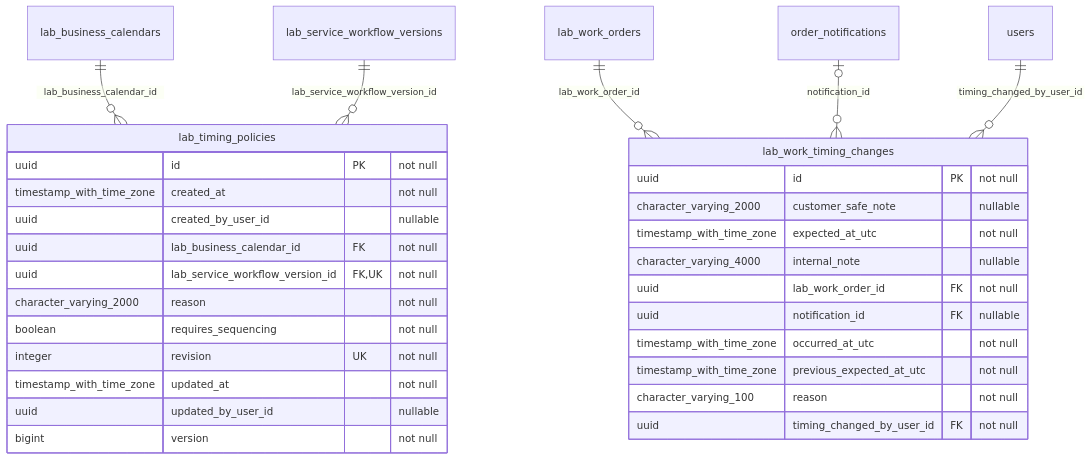
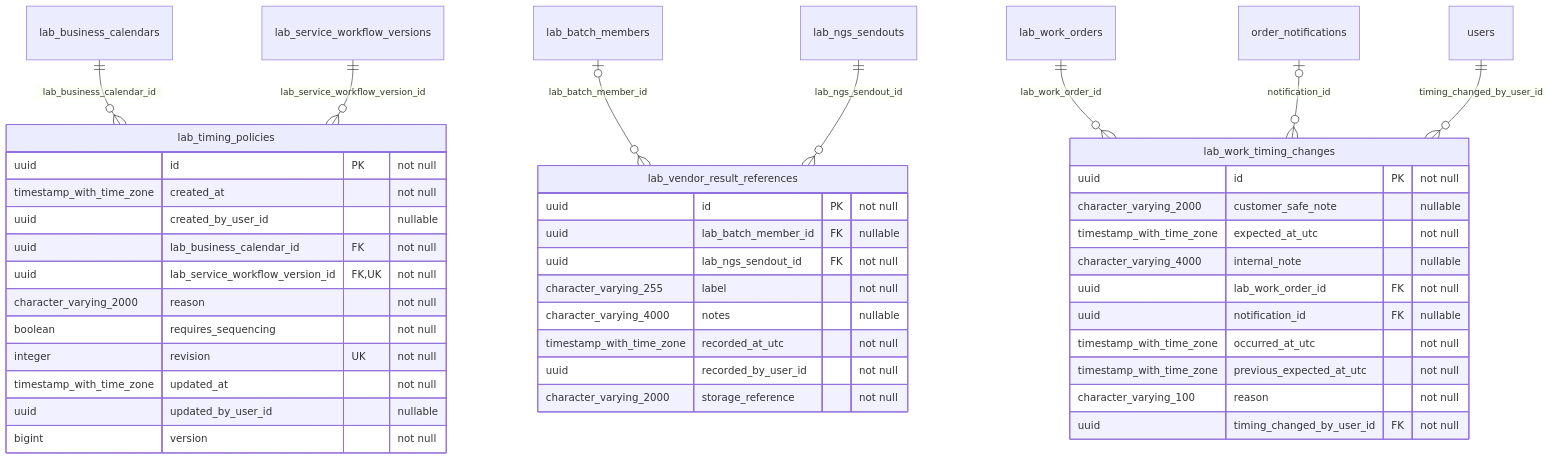
Before and after one commit to behaack/phaeno-ops-mgmt-system: diagram 28 of 38 in docs/database-erd.md, drawn with Mermaid. The commit also changed other lines of this file and 142 other files, not shown here.

````diff
--- a/docs/database-erd.md
+++ b/docs/database-erd.md
@@ -3750,33 +3787,45 @@
 ```mermaid
 erDiagram
     lab_timing_policies {
         uuid id PK "not null"
         timestamp_with_time_zone created_at "not null"
         uuid created_by_user_id "nullable"
         uuid lab_business_calendar_id FK "not null"
         uuid lab_service_workflow_version_id FK,UK "not null"
         character_varying_2000 reason "not null"
         boolean requires_sequencing "not null"
         integer revision UK "not null"
         timestamp_with_time_zone updated_at "not null"
         uuid updated_by_user_id "nullable"
         bigint version "not null"
     }
+    lab_vendor_result_references {
+        uuid id PK "not null"
+        uuid lab_batch_member_id FK "nullable"
+        uuid lab_ngs_sendout_id FK "not null"
+        character_varying_255 label "not null"
+        character_varying_4000 notes "nullable"
+        timestamp_with_time_zone recorded_at_utc "not null"
+        uuid recorded_by_user_id "not null"
+        character_varying_2000 storage_reference "not null"
+    }
     lab_work_timing_changes {
         uuid id PK "not null"
         character_varying_2000 customer_safe_note "nullable"
         timestamp_with_time_zone expected_at_utc "not null"
         character_varying_4000 internal_note "nullable"
         uuid lab_work_order_id FK "not null"
         uuid notification_id FK "nullable"
         timestamp_with_time_zone occurred_at_utc "not null"
         timestamp_with_time_zone previous_expected_at_utc "not null"
         character_varying_100 reason "not null"
         uuid timing_changed_by_user_id FK "not null"
     }
     lab_business_calendars ||--o{ lab_timing_policies : "lab_business_calendar_id"
     lab_service_workflow_versions ||--o{ lab_timing_policies : "lab_service_workflow_version_id"
+    lab_batch_members o|--o{ lab_vendor_result_references : "lab_batch_member_id"
+    lab_ngs_sendouts ||--o{ lab_vendor_result_references : "lab_ngs_sendout_id"
     lab_work_orders ||--o{ lab_work_timing_changes : "lab_work_order_id"
     order_notifications o|--o{ lab_work_timing_changes : "notification_id"
     users ||--o{ lab_work_timing_changes : "timing_changed_by_user_id"
 ```
````
